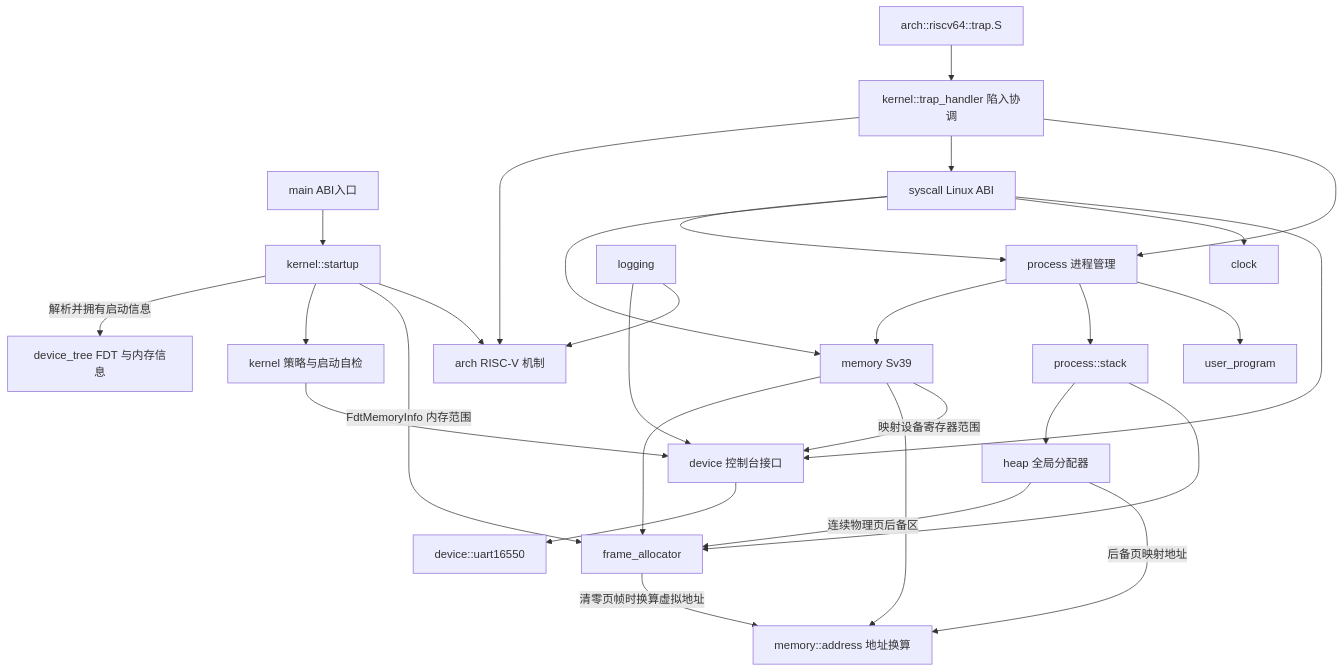
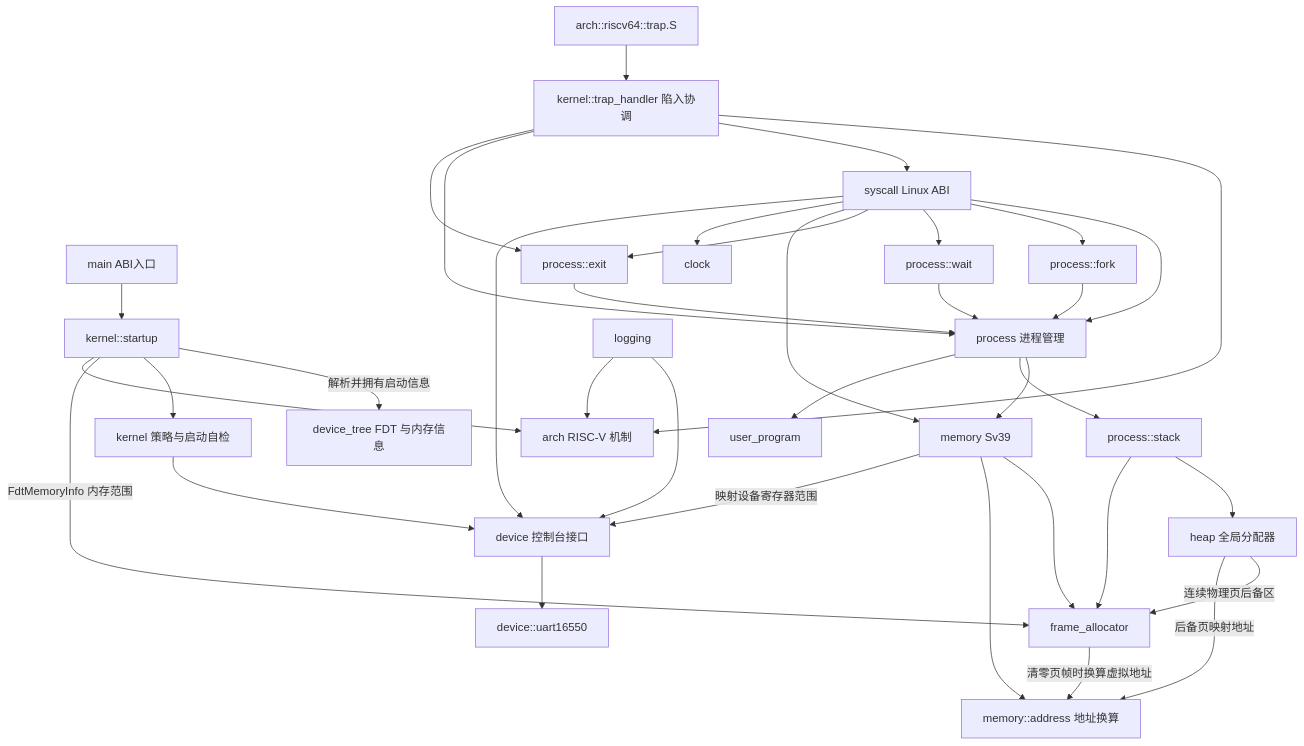
One commit to logeable/fullemu changed the diagram in docs/architecture.md. Above: the diagram before and after it, drawn with Mermaid. The commit also changed other lines of this file and 7 other files, not shown here.

Commit message:
整理进程 fork wait exit 模块

````diff
--- a/docs/architecture.md
+++ b/docs/architecture.md
@@ -68,31 +71,38 @@
 ```mermaid
 flowchart TD
     Main[main ABI入口] --> Startup[kernel::startup]
     Startup -->|解析并拥有启动信息| DeviceTree[device_tree FDT 与内存信息]
     Startup --> Kernel[kernel 策略与启动自检]
     Startup -->|FdtMemoryInfo 内存范围| Frames[frame_allocator]
     Heap[heap 全局分配器] -->|连续物理页后备区| Frames
     Heap -->|后备页映射地址| Address[memory::address 地址换算]
     Startup --> Arch[arch RISC-V 机制]
     Kernel --> Device[device 控制台接口]
     Device --> Uart[device::uart16550]
     ArchTrap[arch::riscv64::trap.S] --> TrapHandler[kernel::trap_handler 陷入协调]
     TrapHandler --> Arch
     TrapHandler --> Syscall[syscall Linux ABI]
     TrapHandler --> Process[process 进程管理]
     Syscall --> Process[process 进程管理]
+    Syscall --> Fork[process::fork]
+    Syscall --> Wait[process::wait]
+    Syscall --> Exit[process::exit]
+    TrapHandler --> Exit
+    Fork --> Process
+    Wait --> Process
+    Exit --> Process
     Memory[memory Sv39] --> Frames
     Memory --> Address
     Frames -->|清零页帧时换算虚拟地址| Address
     Memory -->|映射设备寄存器范围| Device
     Process --> Memory
     Process --> Stack[process::stack]
     Stack --> Heap
     Stack --> Frames
     Process --> Program[user_program]
     Syscall --> Memory
     Syscall --> Clock[clock]
     Syscall --> Device
     Logging[logging] --> Device
     Logging --> Arch
 ```
````
